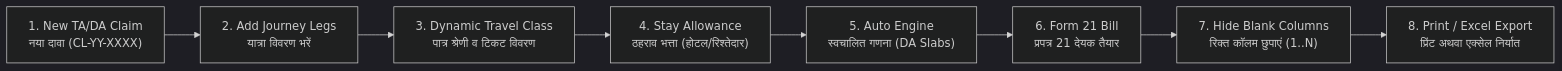
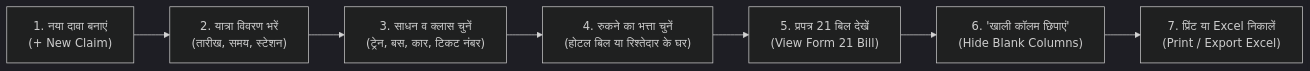
The second of 2 diagrams in HELP_GUIDE_BILINGUAL.md (vikhyat2k/mpscsc-claims-portal), drawn with Mermaid (dark theme) before and after one commit. The commit also changed other lines of this file and 1 other file, not shown here.

````diff
--- a/HELP_GUIDE_BILINGUAL.md
+++ b/HELP_GUIDE_BILINGUAL.md
@@ -93,10 +83,9 @@
 ```mermaid
 flowchart LR
-    Step1["1. New TA/DA Claim<br/>नया दावा (CL-YY-XXXX)"] --> Step2["2. Add Journey Legs<br/>यात्रा विवरण भरें"]
-    Step2 --> Step3["3. Dynamic Travel Class<br/>पात्र श्रेणी व टिकट विवरण"]
-    Step3 --> Step4["4. Stay Allowance<br/>ठहराव भत्ता (होटल/रिश्तेदार)"]
-    Step4 --> Step5["5. Auto Engine<br/>स्वचालित गणना (DA Slabs)"]
-    Step5 --> Step6["6. Form 21 Bill<br/>प्रपत्र 21 देयक तैयार"]
-    Step6 --> Step7["7. Hide Blank Columns<br/>रिक्त कॉलम छुपाएं (1..N)"]
-    Step7 --> Step8["8. Print / Excel Export<br/>प्रिंट अथवा एक्सेल निर्यात"]
+    S1["1. नया दावा बनाएं<br/>(+ New Claim)"] --> S2["2. यात्रा विवरण भरें<br/>(तारीख, समय, स्टेशन)"]
+    S2 --> S3["3. साधन व क्लास चुनें<br/>(ट्रेन, बस, कार, टिकट नंबर)"]
+    S3 --> S4["4. रुकने का भत्ता चुनें<br/>(होटल बिल या रिश्तेदार के घर)"]
+    S4 --> S5["5. प्रपत्र 21 बिल देखें<br/>(View Form 21 Bill)"]
+    S5 --> S6["6. 'खाली कॉलम छिपाएं'<br/>(Hide Blank Columns)"]
+    S6 --> S7["7. प्रिंट या Excel निकालें<br/>(Print / Export Excel)"]
 ```
````
